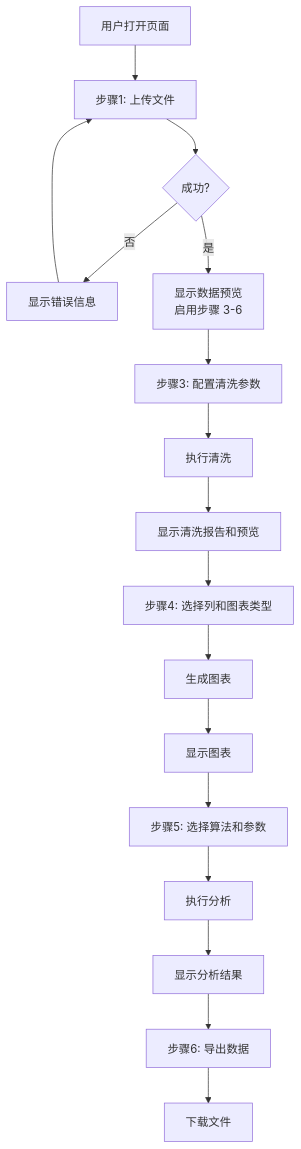
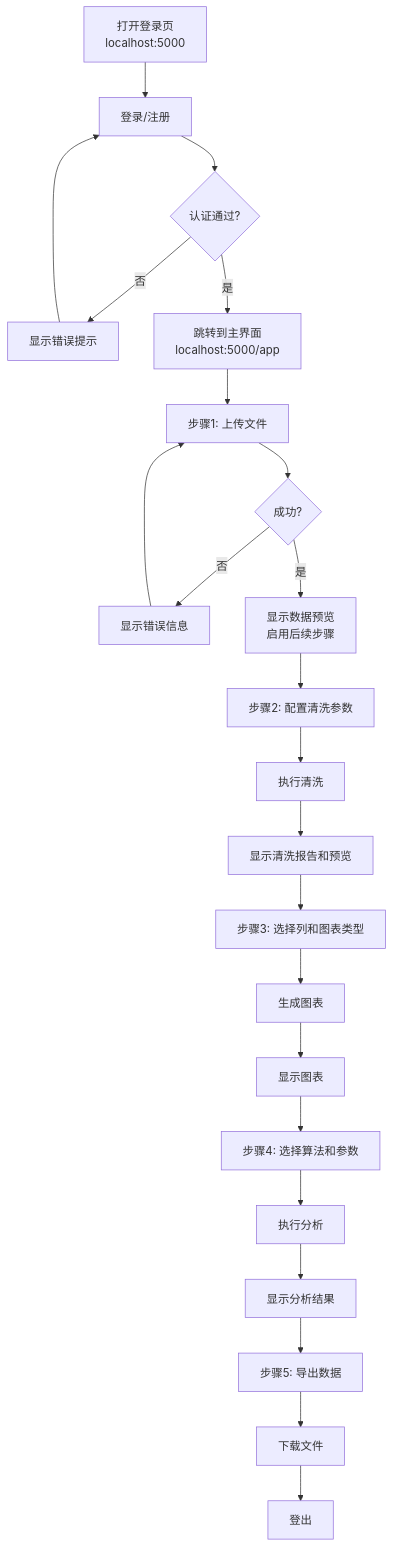
Before and after one commit to HuayiDudu/Interactive-Data-Analysis-System: the diagram in docs/5-Web界面模块/开发文档.md, drawn with Mermaid. The commit also changed other lines of this file and 13 other files, not shown here.

````diff
--- a/docs/5-Web界面模块/开发文档.md
+++ b/docs/5-Web界面模块/开发文档.md
@@ -62,19 +67,25 @@
 ```mermaid
 flowchart TD
-    A["用户打开页面"] --> B["步骤1: 上传文件"]
-    B --> C{"成功?"}
-    C -->|"否"| D["显示错误信息"]
+    A["打开登录页<br/>localhost:5000"] --> B["登录/注册"]
+    B --> C{"认证通过?"}
+    C -->|否| D["显示错误提示"]
     D --> B
-    C -->|"是"| E["显示数据预览<br/>启用步骤 3-6"]
-    E --> F["步骤3: 配置清洗参数"]
-    F --> G["执行清洗"]
-    G --> H["显示清洗报告和预览"]
-    H --> I["步骤4: 选择列和图表类型"]
-    I --> J["生成图表"]
-    J --> K["显示图表"]
-    K --> L["步骤5: 选择算法和参数"]
-    L --> M["执行分析"]
-    M --> N["显示分析结果"]
-    N --> O["步骤6: 导出数据"]
-    O --> P["下载文件"]
+    C -->|是| E["跳转到主界面<br/>localhost:5000/app"]
+    E --> F["步骤1: 上传文件"]
+    F --> G{"成功?"}
+    G -->|"否"| H["显示错误信息"]
+    H --> F
+    G -->|"是"| I["显示数据预览<br/>启用后续步骤"]
+    I --> J["步骤2: 配置清洗参数"]
+    J --> K["执行清洗"]
+    K --> L["显示清洗报告和预览"]
+    L --> M["步骤3: 选择列和图表类型"]
+    M --> N["生成图表"]
+    N --> O["显示图表"]
+    O --> P["步骤4: 选择算法和参数"]
+    P --> Q["执行分析"]
+    Q --> R["显示分析结果"]
+    R --> S["步骤5: 导出数据"]
+    S --> T["下载文件"]
+    T --> U["登出"]
 ```
````
